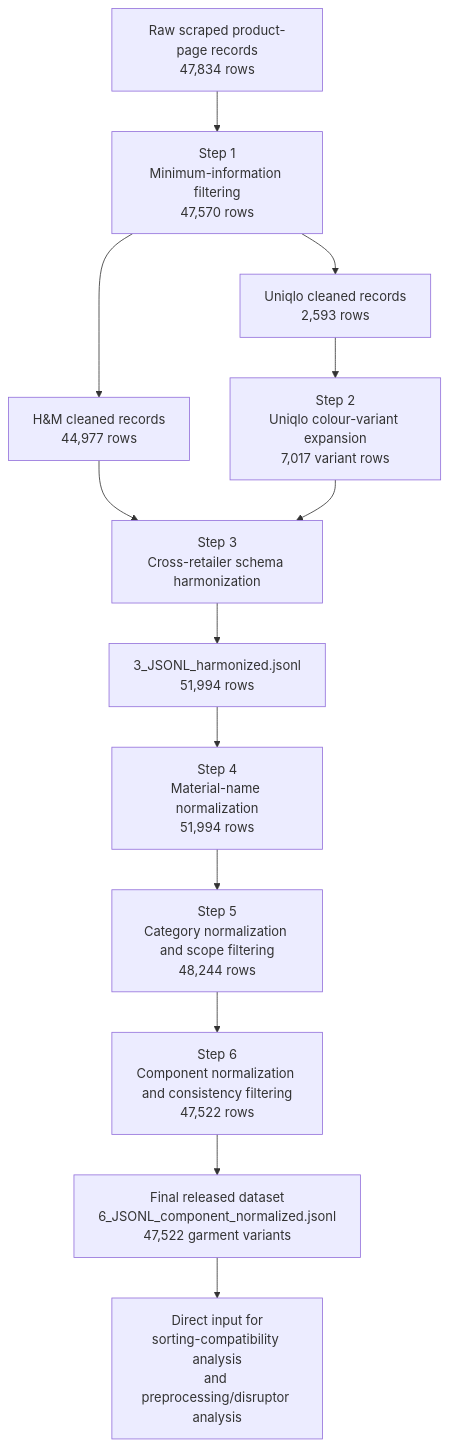
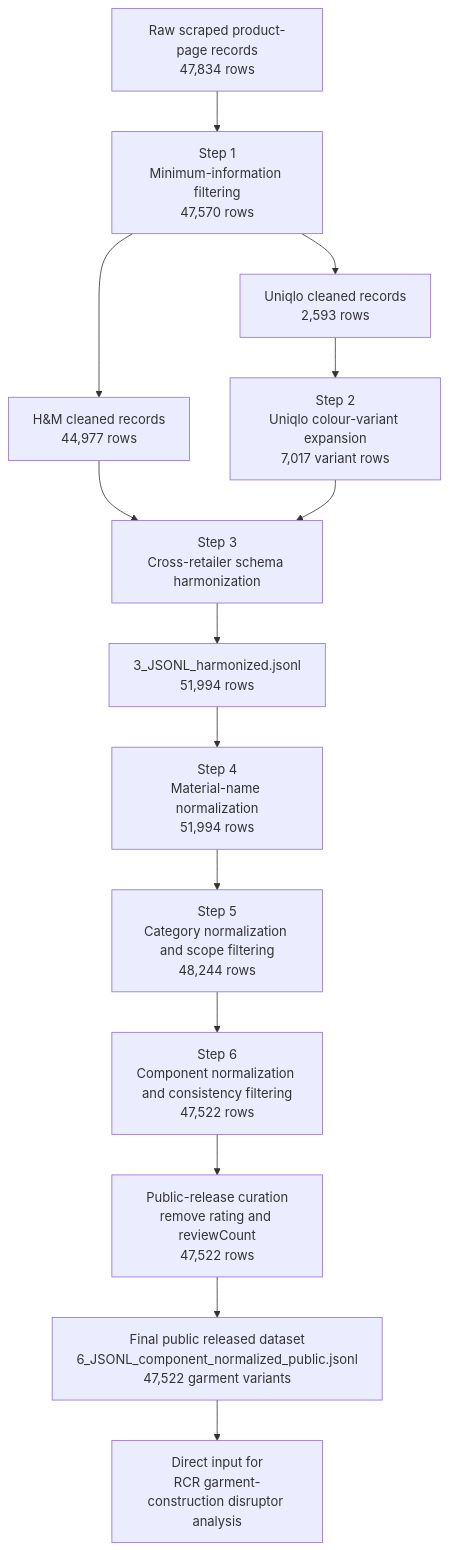
Before and after one commit to kai-li-1994/garment-variant-dataset: the diagram in README.md, drawn with Mermaid. The commit also changed other lines of this file, not shown here.

````diff
--- a/README.md
+++ b/README.md
@@ -91,24 +93,26 @@
 ```mermaid
 flowchart TD
     A["Raw scraped product-page records<br/>47,834 rows"] --> B["Step 1<br/>Minimum-information filtering<br/>47,570 rows"]
 
     B --> C1["H&M cleaned records<br/>44,977 rows"]
     B --> C2["Uniqlo cleaned records<br/>2,593 rows"]
 
     C2 --> D["Step 2<br/>Uniqlo colour-variant expansion<br/>7,017 variant rows"]
 
     C1 --> E["Step 3<br/>Cross-retailer schema harmonization"]
     D --> E
 
     E --> F["3_JSONL_harmonized.jsonl<br/>51,994 rows"]
 
     F --> G["Step 4<br/>Material-name normalization<br/>51,994 rows"]
 
     G --> H["Step 5<br/>Category normalization and scope filtering<br/>48,244 rows"]
 
     H --> I["Step 6<br/>Component normalization and consistency filtering<br/>47,522 rows"]
 
-    I --> J["Final released dataset<br/>6_JSONL_component_normalized.jsonl<br/>47,522 garment variants"]
+    I --> J["Public-release curation<br/>remove rating and reviewCount<br/>47,522 rows"]
 
-    J --> K["Direct input for<br/>sorting-compatibility analysis<br/>and preprocessing/disruptor analysis"]
+    J --> K["Final public released dataset<br/>6_JSONL_component_normalized_public.jsonl<br/>47,522 garment variants"]
+
+    K --> L["Direct input for<br/>RCR garment-construction disruptor analysis"]
 ```
````
